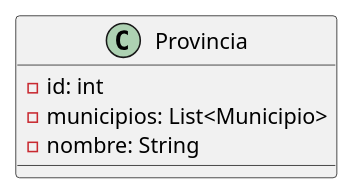
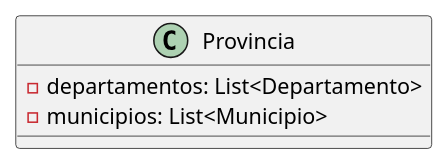
The diagram in DC/E3/meta_datos_geo/Provincia.puml (mbertogliati/dds-tpa), drawn with PlantUML before and after one commit. The commit also changed 14 other files, not shown here.

```diff
--- a/DC/E3/meta_datos_geo/Provincia.puml
+++ b/DC/E3/meta_datos_geo/Provincia.puml
@@ -1,10 +1,9 @@
 @startuml
 'https://plantuml.com/class-diagram
 
 class Provincia {
-  - id: int
+  - departamentos: List<Departamento>
   - municipios: List<Municipio>
-  - nombre: String
 }
 
 @enduml
```
